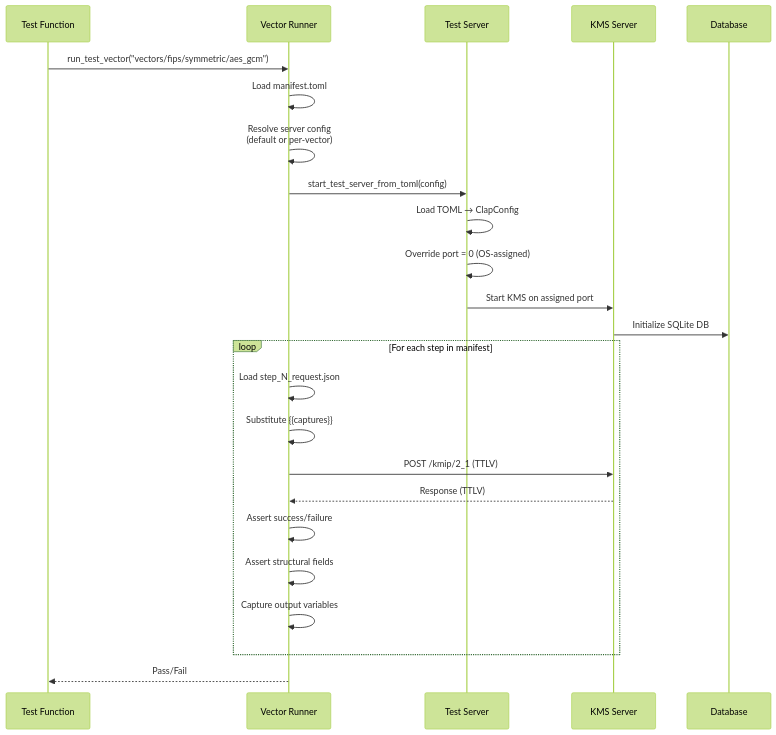
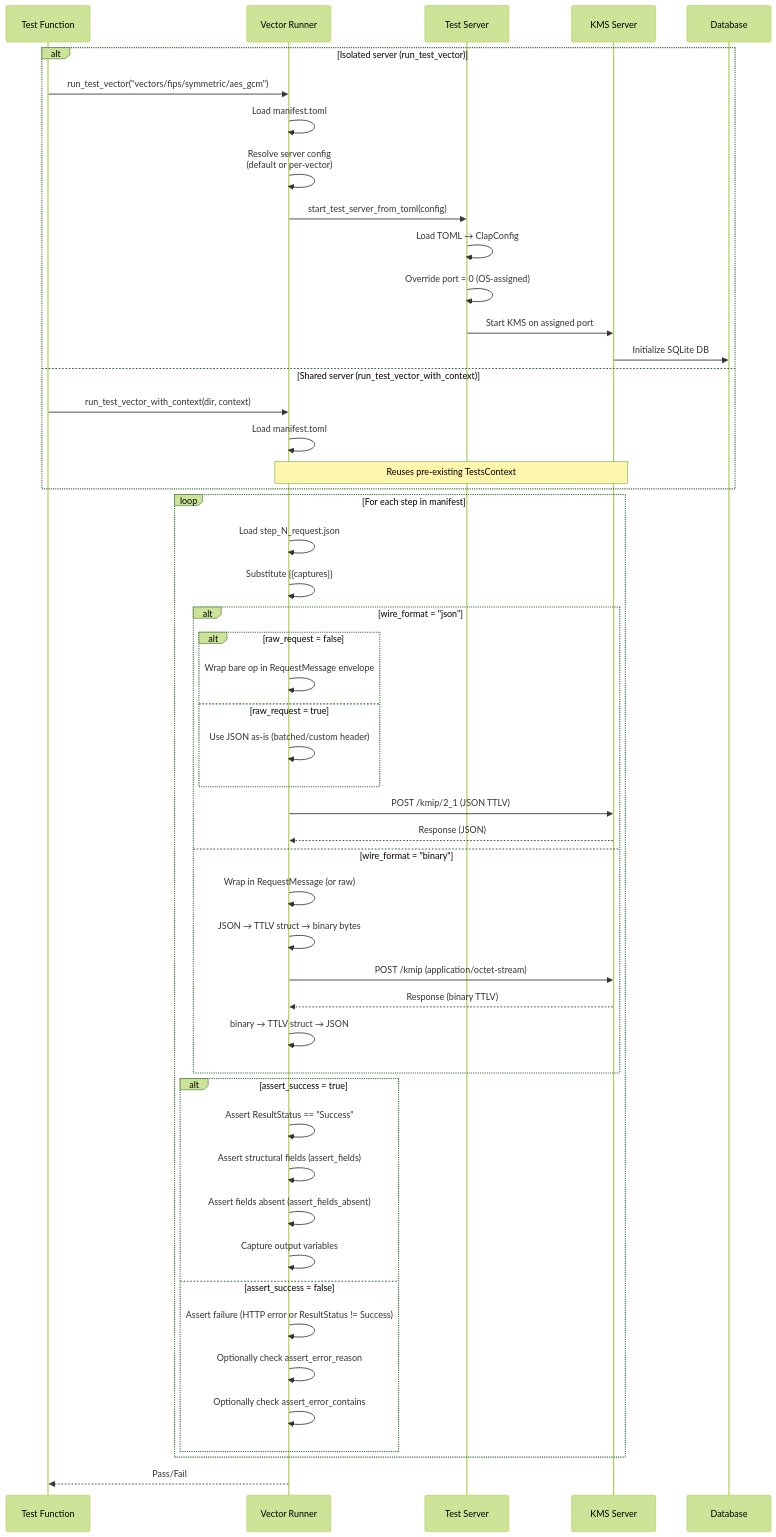
One commit to Cosmian/kms changed the third of 3 diagrams in TESTS.md. Above: the diagram before and after it, drawn with Mermaid (forest theme). The commit also changed 6 other files, not shown here.

Commit message:
test: add non-regression tests

````diff
--- a/TESTS.md
+++ b/TESTS.md
@@ -156,29 +156,55 @@
 ```mermaid
 sequenceDiagram
     participant T as Test Function
     participant R as Vector Runner
     participant S as Test Server
     participant K as KMS Server
     participant D as Database
 
-    T->>R: run_test_vector("vectors/fips/symmetric/aes_gcm")
-    R->>R: Load manifest.toml
-    R->>R: Resolve server config<br/>(default or per-vector)
-    R->>S: start_test_server_from_toml(config)
-    S->>S: Load TOML → ClapConfig
-    S->>S: Override port = 0 (OS-assigned)
-    S->>K: Start KMS on assigned port
-    K->>D: Initialize SQLite DB
+    alt Isolated server (run_test_vector)
+        T->>R: run_test_vector("vectors/fips/symmetric/aes_gcm")
+        R->>R: Load manifest.toml
+        R->>R: Resolve server config<br/>(default or per-vector)
+        R->>S: start_test_server_from_toml(config)
+        S->>S: Load TOML → ClapConfig
+        S->>S: Override port = 0 (OS-assigned)
+        S->>K: Start KMS on assigned port
+        K->>D: Initialize SQLite DB
+    else Shared server (run_test_vector_with_context)
+        T->>R: run_test_vector_with_context(dir, context)
+        R->>R: Load manifest.toml
+        Note over R,K: Reuses pre-existing TestsContext
+    end
 
     loop For each step in manifest
         R->>R: Load step_N_request.json
         R->>R: Substitute {{captures}}
-        R->>K: POST /kmip/2_1 (TTLV)
-        K-->>R: Response (TTLV)
-        R->>R: Assert success/failure
-        R->>R: Assert structural fields
-        R->>R: Capture output variables
+        alt wire_format = "json"
+            alt raw_request = false
+                R->>R: Wrap bare op in RequestMessage envelope
+            else raw_request = true
+                R->>R: Use JSON as-is (batched/custom header)
+            end
+            R->>K: POST /kmip/2_1 (JSON TTLV)
+            K-->>R: Response (JSON)
+        else wire_format = "binary"
+            R->>R: Wrap in RequestMessage (or raw)
+            R->>R: JSON → TTLV struct → binary bytes
+            R->>K: POST /kmip (application/octet-stream)
+            K-->>R: Response (binary TTLV)
+            R->>R: binary → TTLV struct → JSON
+        end
+        alt assert_success = true
+            R->>R: Assert ResultStatus == "Success"
+            R->>R: Assert structural fields (assert_fields)
+            R->>R: Assert fields absent (assert_fields_absent)
+            R->>R: Capture output variables
+        else assert_success = false
+            R->>R: Assert failure (HTTP error or ResultStatus != Success)
+            R->>R: Optionally check assert_error_reason
+            R->>R: Optionally check assert_error_contains
+        end
     end
 
     R-->>T: Pass/Fail
 ```
````
